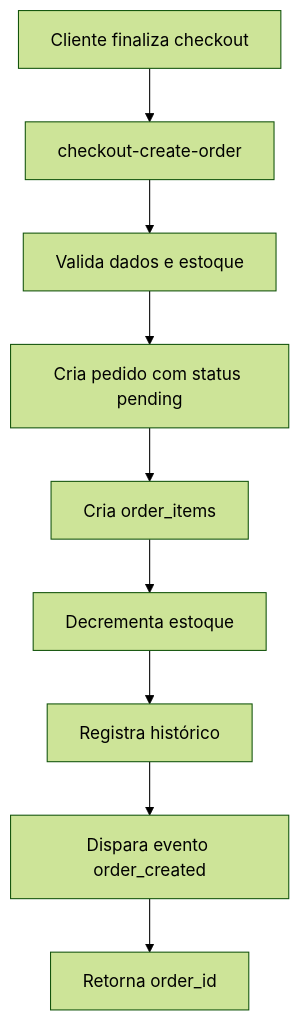
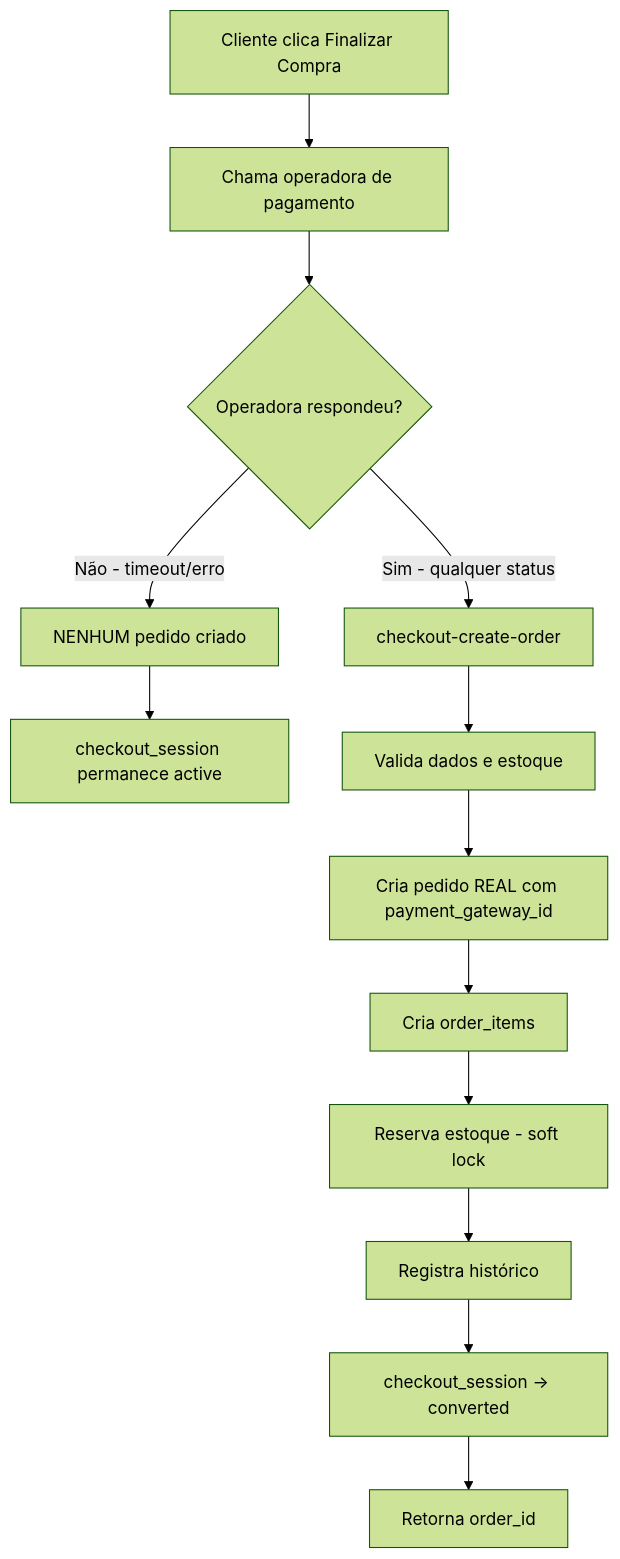
One commit to toniravaziojr-sudo/orbit-commerce-os changed the second of 3 diagrams in docs/especificacoes/ecommerce/pedidos.md. Above: the diagram before and after it, drawn with Mermaid (forest theme). The commit also changed other lines of this file and 2 other files, not shown here.

Commit message:
Atualizou docs de flows

````diff
--- a/docs/especificacoes/ecommerce/pedidos.md
+++ b/docs/especificacoes/ecommerce/pedidos.md
@@ -367,11 +373,15 @@
 ```mermaid
 graph TD
-    A[Cliente finaliza checkout] --> B[checkout-create-order]
-    B --> C[Valida dados e estoque]
-    C --> D[Cria pedido com status pending]
-    D --> E[Cria order_items]
-    E --> F[Decrementa estoque]
-    F --> G[Registra histórico]
-    G --> H[Dispara evento order_created]
-    H --> I[Retorna order_id]
+    A[Cliente clica Finalizar Compra] --> B[Chama operadora de pagamento]
+    B --> C{Operadora respondeu?}
+    C -->|Não - timeout/erro| D[NENHUM pedido criado]
+    D --> E[checkout_session permanece active]
+    C -->|Sim - qualquer status| F[checkout-create-order]
+    F --> G[Valida dados e estoque]
+    G --> H[Cria pedido REAL com payment_gateway_id]
+    H --> I[Cria order_items]
+    I --> J[Reserva estoque - soft lock]
+    J --> K[Registra histórico]
+    K --> L[checkout_session → converted]
+    L --> M[Retorna order_id]
 ```
````
